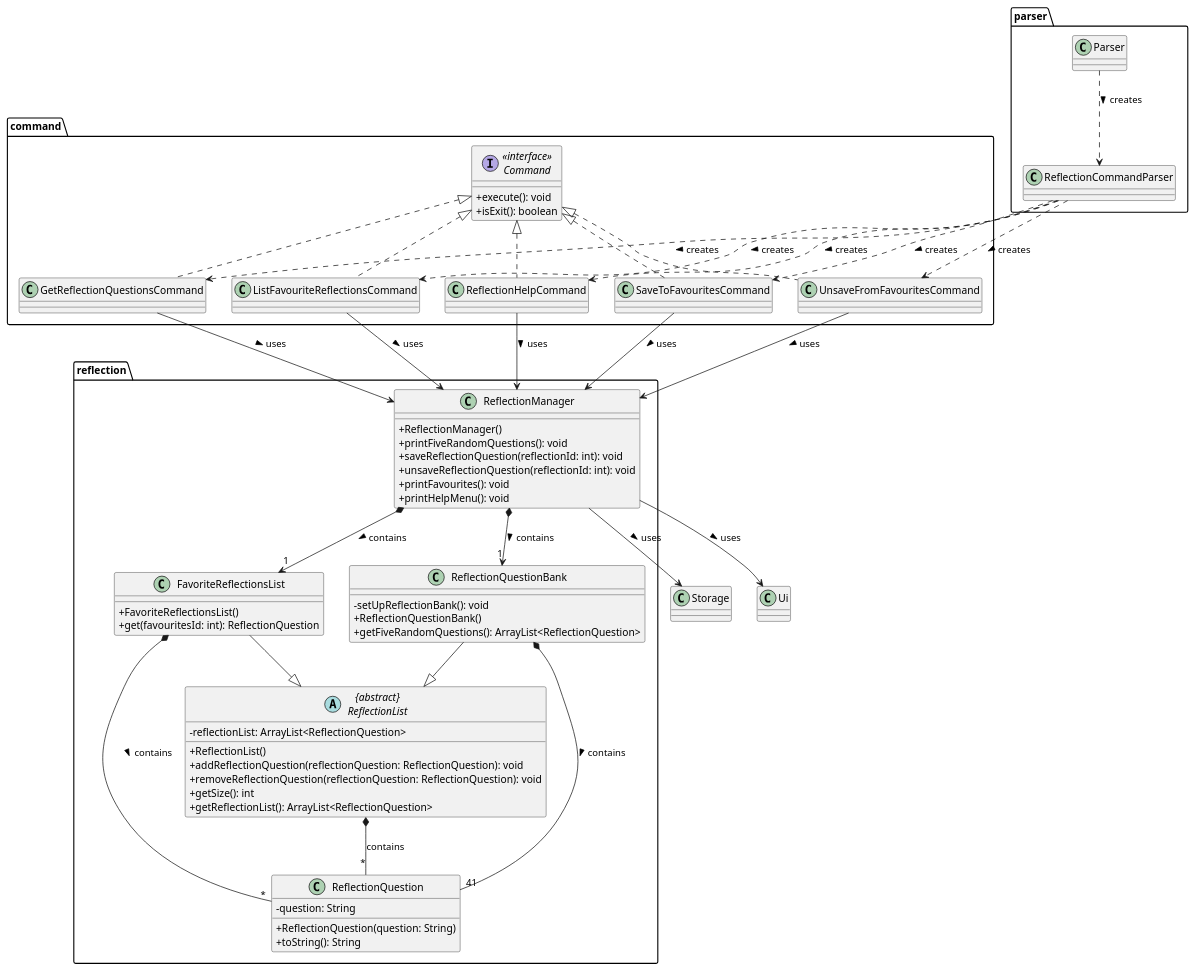
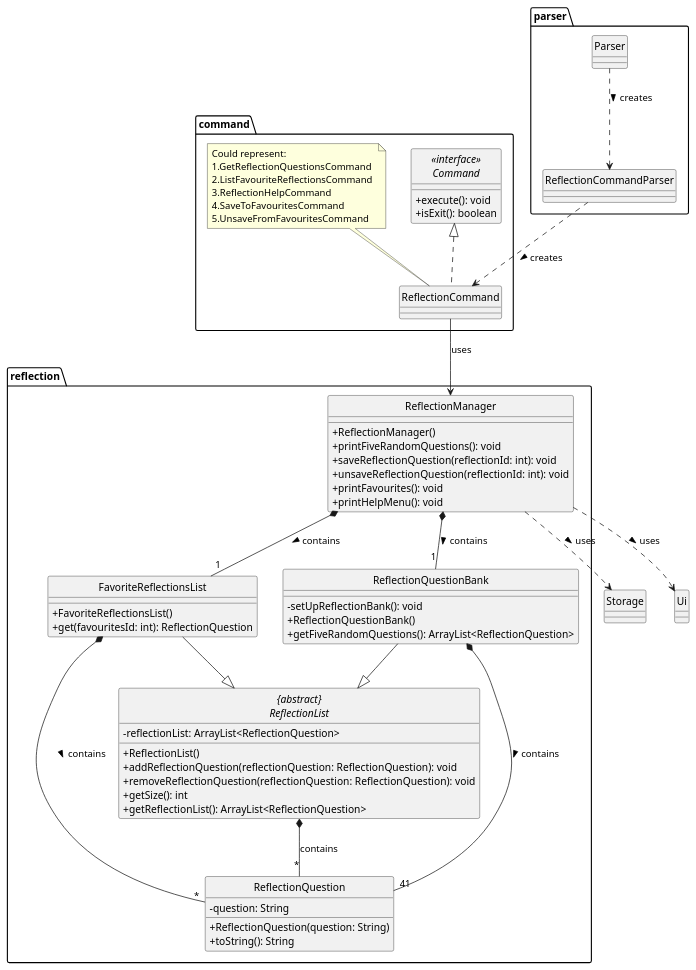
One commit to AY2324S2-CS2113-T11-1/tp changed the diagram in docs/diagrams/reflection/Reflection.puml. Above: the diagram before and after it, drawn with PlantUML. The commit also changed 7 other files, not shown here.

```diff
--- a/docs/diagrams/reflection/Reflection.puml
+++ b/docs/diagrams/reflection/Reflection.puml
@@ -1,107 +1,86 @@
 @startuml
 
 skinparam classAttributeIconSize 0
+hide circle
 
 package parser {
     class ReflectionCommandParser {
     }
 
     class Parser {
     }
 }
 
 package command {
     interface "<<interface>>\nCommand" as Command {
             + execute(): void
             + isExit(): boolean
     }
 
-    class GetReflectionQuestionsCommand implements Command {
+
+    class ReflectionCommand implements Command {
     }
-
-    class ListFavouriteReflectionsCommand implements Command {
-    }
-
-    class ReflectionHelpCommand implements Command {
-    }
-
-    class SaveToFavouritesCommand implements Command {
-    }
-
-    class UnsaveFromFavouritesCommand implements Command {
-    }
+    note top of ReflectionCommand: Could represent: \n1.GetReflectionQuestionsCommand \n2.ListFavouriteReflectionsCommand \n3.ReflectionHelpCommand \n4.SaveToFavouritesCommand \n5.UnsaveFromFavouritesCommand
 }
 package reflection {
     abstract class "{abstract}\nReflectionList" as ReflectionList {
         - reflectionList: ArrayList<ReflectionQuestion>
 
         + ReflectionList()
         + addReflectionQuestion(reflectionQuestion: ReflectionQuestion): void
         + removeReflectionQuestion(reflectionQuestion: ReflectionQuestion): void
         + getSize(): int
         + getReflectionList(): ArrayList<ReflectionQuestion>
     }
 
     class FavoriteReflectionsList {
         + FavoriteReflectionsList()
         + get(favouritesId: int): ReflectionQuestion
     }
 
     class ReflectionQuestionBank {
         - setUpReflectionBank(): void
         + ReflectionQuestionBank()
         + getFiveRandomQuestions(): ArrayList<ReflectionQuestion>
     }
 
     class ReflectionQuestion {
         - question: String
         + ReflectionQuestion(question: String)
         + toString(): String
     }
 
     class ReflectionManager {
 
         + ReflectionManager()
         + printFiveRandomQuestions(): void
         + saveReflectionQuestion(reflectionId: int): void
         + unsaveReflectionQuestion(reflectionId: int): void
         + printFavourites(): void
         + printHelpMenu(): void
     }
 }
 
 class Storage {
 }
 
 class Ui {
 }
 
 ReflectionList *-- "*" ReflectionQuestion : contains
 FavoriteReflectionsList --|> ReflectionList
 ReflectionQuestionBank --|> ReflectionList
 ReflectionQuestionBank *-- "41" ReflectionQuestion : contains >
 FavoriteReflectionsList *-- "*" ReflectionQuestion : contains >
 
-ReflectionManager --> Storage : uses >
-ReflectionManager --> Ui : uses >
-ReflectionManager *--> "1" FavoriteReflectionsList : contains >
-ReflectionManager *--> "1" ReflectionQuestionBank : contains >
+ReflectionManager ..> Storage : uses >
+ReflectionManager ..> Ui : uses >
+ReflectionManager *-- "1" FavoriteReflectionsList : contains >
+ReflectionManager *-- "1" ReflectionQuestionBank : contains >
 
 Parser ..> ReflectionCommandParser : creates >
-ReflectionCommandParser .DOWN.> GetReflectionQuestionsCommand : creates >
-ReflectionCommandParser .DOWN.> ListFavouriteReflectionsCommand : creates >
-ReflectionCommandParser .DOWN.> ReflectionHelpCommand : creates >
-ReflectionCommandParser .DOWN.> SaveToFavouritesCommand : creates >
-ReflectionCommandParser .DOWN.> UnsaveFromFavouritesCommand : creates >
+ReflectionCommandParser .DOWN.> ReflectionCommand : creates >
 
-GetReflectionQuestionsCommand --> ReflectionManager : uses >
-
-ListFavouriteReflectionsCommand --> ReflectionManager : uses >
-
-ReflectionHelpCommand --> ReflectionManager : uses >
-
-SaveToFavouritesCommand --> ReflectionManager : uses >
-
-UnsaveFromFavouritesCommand --> ReflectionManager : uses >
+ReflectionCommand --> ReflectionManager: uses
 
 @enduml
```
